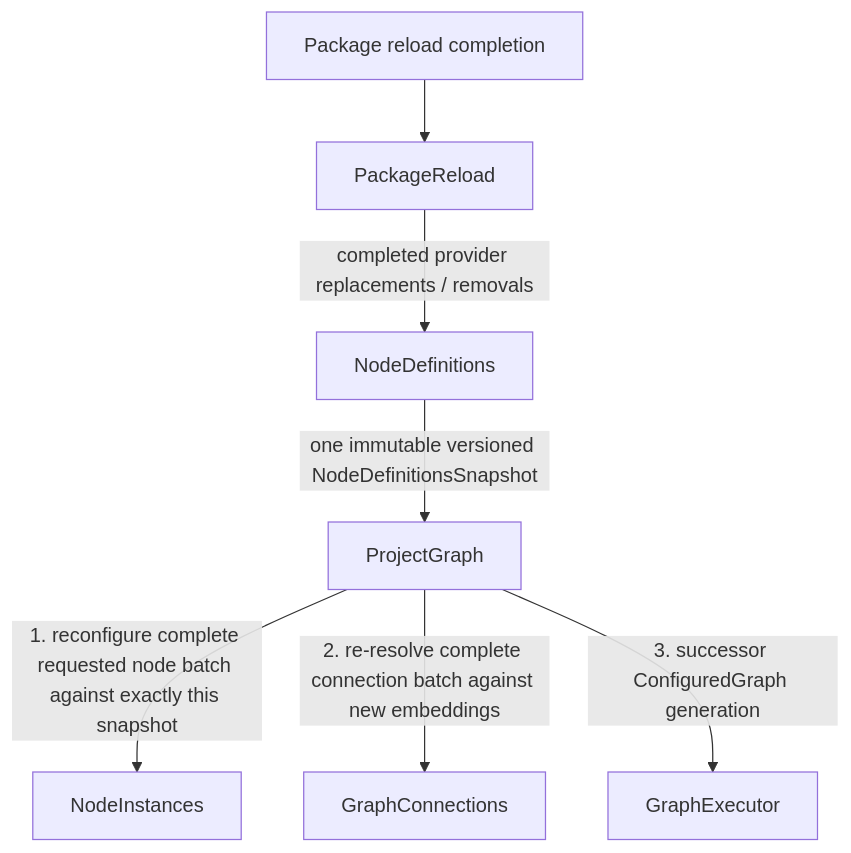
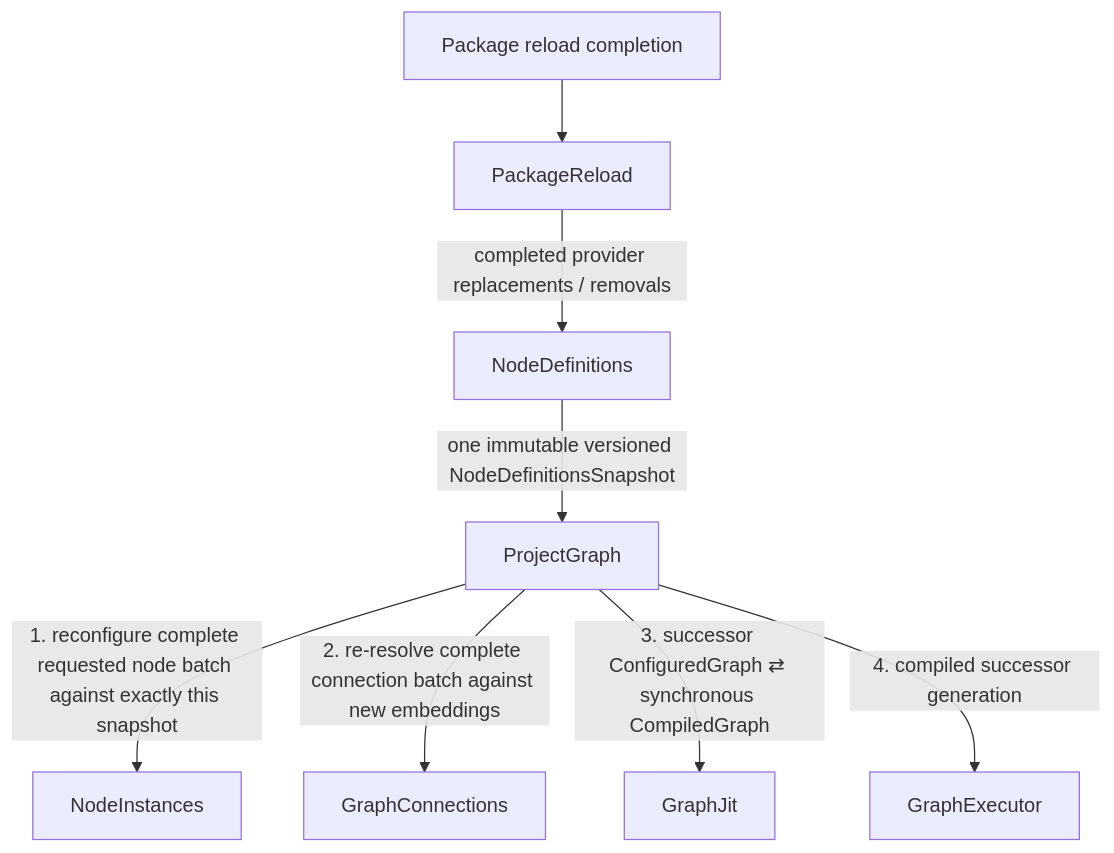
The diagram in docs/event_flows/package_reload.md (ljleb/intravenous), drawn with Mermaid before and after one commit. The commit also changed other lines of this file and 16 other files, not shown here.

````diff
--- a/docs/event_flows/package_reload.md
+++ b/docs/event_flows/package_reload.md
@@ -10,17 +10,19 @@
 ```mermaid
 flowchart TD
     SRC["Package reload completion"]
     PR["PackageReload"]
     ND["NodeDefinitions"]
     PG["ProjectGraph"]
     NI["NodeInstances"]
     GC["GraphConnections"]
+    GJ["GraphJit"]
     GE["GraphExecutor"]
 
     SRC --> PR
     PR -->|"completed provider replacements / removals"| ND
     ND -->|"one immutable versioned NodeDefinitionsSnapshot"| PG
     PG -->|"1. reconfigure complete requested node batch against exactly this snapshot"| NI
     PG -->|"2. re-resolve complete connection batch against new embeddings"| GC
-    PG -->|"3. successor ConfiguredGraph generation"| GE
+    PG -->|"3. successor ConfiguredGraph ⇄ synchronous CompiledGraph"| GJ
+    PG -->|"4. compiled successor generation"| GE
 ```
````
